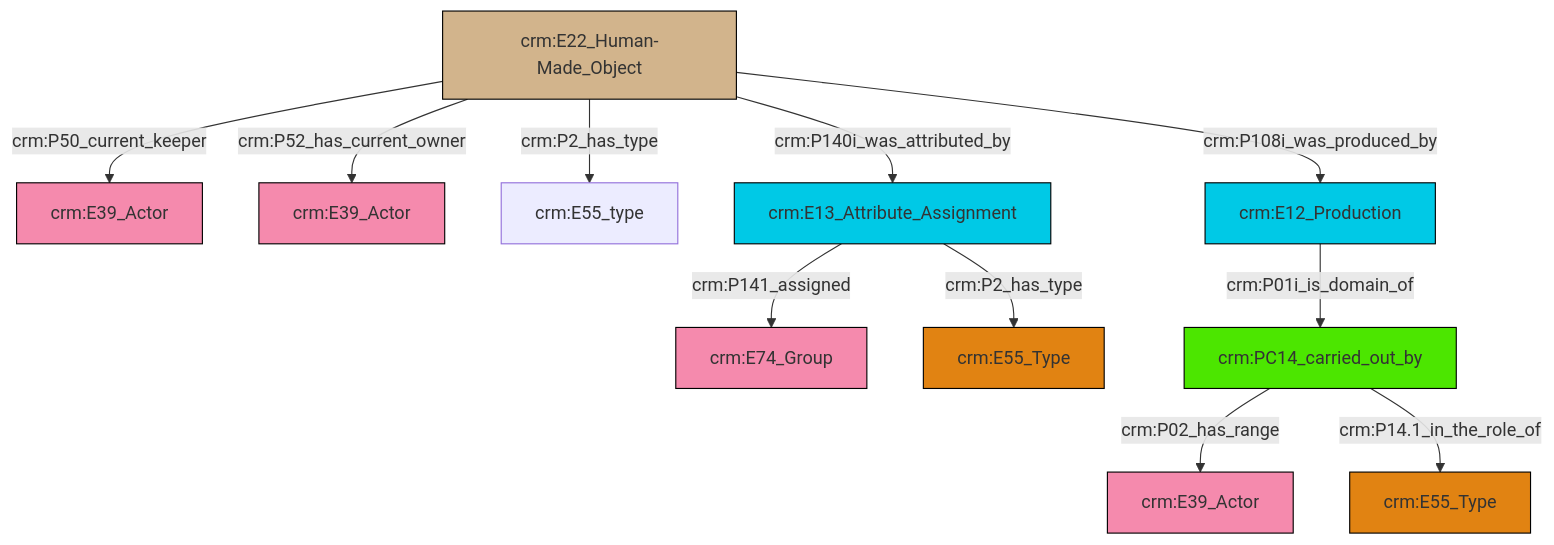
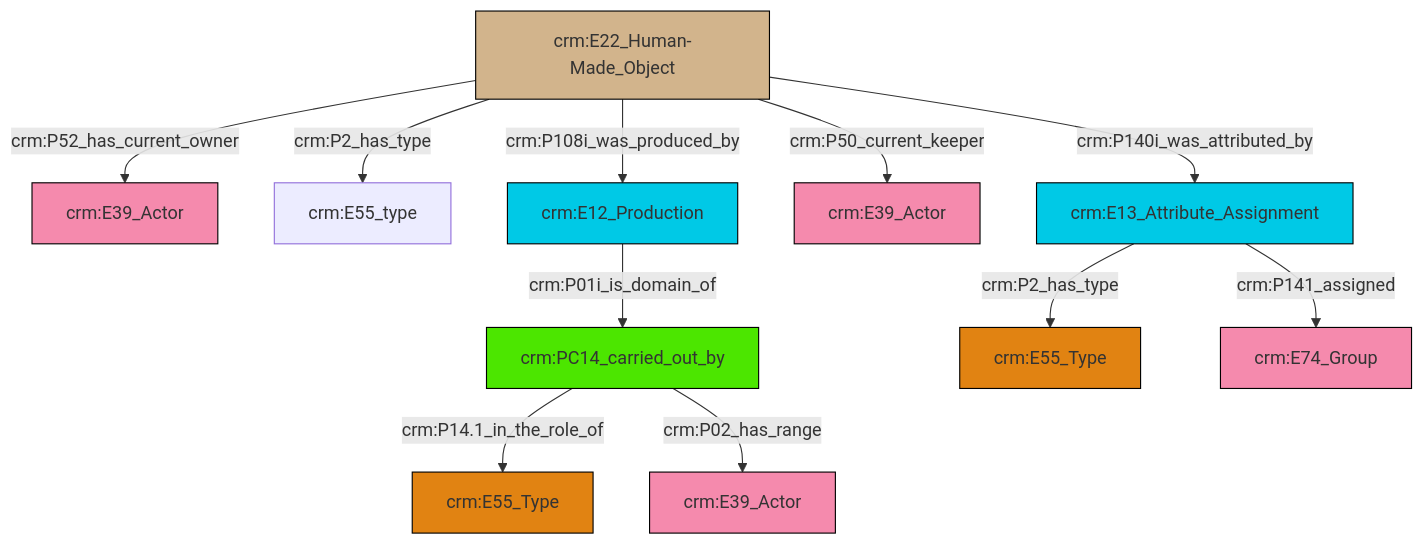
Before and after one commit to swiss-art-research-net/docs.swissartresearch: the diagram in et/artworkCSV/ttl/mmd/Artwork_Actor_Relations.ttl.mmd, drawn with Mermaid. The commit also changed 185 other files, not shown here.

```diff
--- a/et/artworkCSV/ttl/mmd/Artwork_Actor_Relations.ttl.mmd
+++ b/et/artworkCSV/ttl/mmd/Artwork_Actor_Relations.ttl.mmd
@@ -1,25 +1,25 @@
 graph TD
 classDef Literal fill:#f2f2f2,stroke:#000000;
 classDef CRM_Entity fill:#FFFFFF,stroke:#000000;
 classDef Temporal_Entity fill:#00C9E6, stroke:#000000;
 classDef Type fill:#E18312, stroke:#000000;
 classDef Time-Span fill:#2C9C91, stroke:#000000;
 classDef Appellation fill:#FFEB7F, stroke:#000000;
 classDef Place fill:#008836, stroke:#000000;
 classDef Persistent_Item fill:#B266B2, stroke:#000000;
 classDef Conceptual_Object fill:#FFD700, stroke:#000000;
 classDef Physical_Thing fill:#D2B48C, stroke:#000000;
 classDef Actor fill:#f58aad, stroke:#000000;
 classDef PC_Classes fill:#4ce600, stroke:#000000;
 classDef Multi fill:#cccccc,stroke:#000000;
 
-0["crm:E22_Human-Made_Object"]:::Physical_Thing -->|crm:P50_current_keeper| 1["crm:E39_Actor"]:::Actor
-0["crm:E22_Human-Made_Object"]:::Physical_Thing -->|crm:P52_has_current_owner| 2["crm:E39_Actor"]:::Actor
-0["crm:E22_Human-Made_Object"]:::Physical_Thing -->|crm:P2_has_type| 3["crm:E55_type"]:::Default
-4["crm:E13_Attribute_Assignment"]:::Temporal_Entity -->|crm:P141_assigned| 8["crm:E74_Group"]:::Actor
-10["crm:PC14_carried_out_by"]:::PC_Classes -->|crm:P02_has_range| 12["crm:E39_Actor"]:::Actor
-0["crm:E22_Human-Made_Object"]:::Physical_Thing -->|crm:P140i_was_attributed_by| 4["crm:E13_Attribute_Assignment"]:::Temporal_Entity
-4["crm:E13_Attribute_Assignment"]:::Temporal_Entity -->|crm:P2_has_type| 14["crm:E55_Type"]:::Type
-6["crm:E12_Production"]:::Temporal_Entity -->|crm:P01i_is_domain_of| 10["crm:PC14_carried_out_by"]:::PC_Classes
-10["crm:PC14_carried_out_by"]:::PC_Classes -->|crm:P14.1_in_the_role_of| 15["crm:E55_Type"]:::Type
-0["crm:E22_Human-Made_Object"]:::Physical_Thing -->|crm:P108i_was_produced_by| 6["crm:E12_Production"]:::Temporal_Entity
+3["crm:PC14_carried_out_by"]:::PC_Classes -->|crm:P14.1_in_the_role_of| 4["crm:E55_Type"]:::Type
+6["crm:E13_Attribute_Assignment"]:::Temporal_Entity -->|crm:P2_has_type| 0["crm:E55_Type"]:::Type
+9["crm:E22_Human-Made_Object"]:::Physical_Thing -->|crm:P52_has_current_owner| 10["crm:E39_Actor"]:::Actor
+9["crm:E22_Human-Made_Object"]:::Physical_Thing -->|crm:P2_has_type| 11["crm:E55_type"]:::Default
+3["crm:PC14_carried_out_by"]:::PC_Classes -->|crm:P02_has_range| 7["crm:E39_Actor"]:::Actor
+9["crm:E22_Human-Made_Object"]:::Physical_Thing -->|crm:P108i_was_produced_by| 13["crm:E12_Production"]:::Temporal_Entity
+13["crm:E12_Production"]:::Temporal_Entity -->|crm:P01i_is_domain_of| 3["crm:PC14_carried_out_by"]:::PC_Classes
+9["crm:E22_Human-Made_Object"]:::Physical_Thing -->|crm:P50_current_keeper| 18["crm:E39_Actor"]:::Actor
+6["crm:E13_Attribute_Assignment"]:::Temporal_Entity -->|crm:P141_assigned| 20["crm:E74_Group"]:::Actor
+9["crm:E22_Human-Made_Object"]:::Physical_Thing -->|crm:P140i_was_attributed_by| 6["crm:E13_Attribute_Assignment"]:::Temporal_Entity
```
